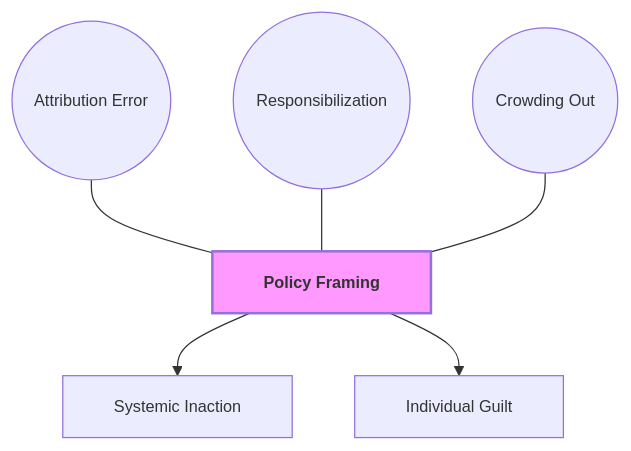
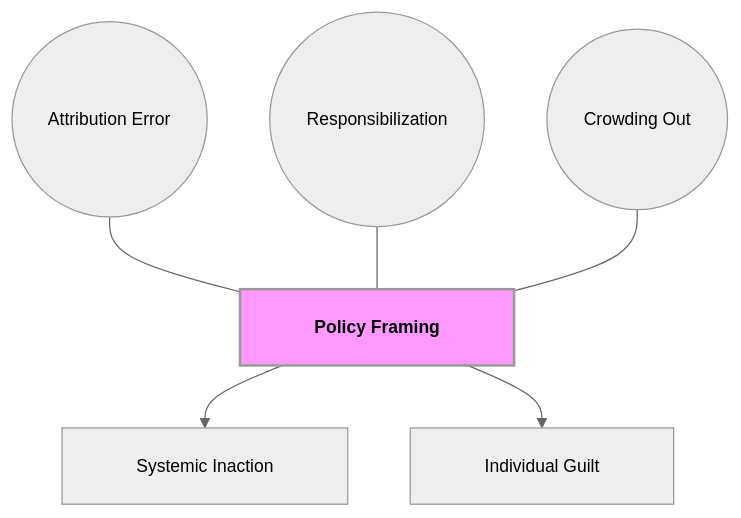
The fifth of 7 diagrams in Communication_Influence/Mastery_Guide_SOW_BS033.md (GM024/CourseSummaries), drawn with Mermaid before and after one commit. The commit also changed other lines of this file, not shown here.

Commit message:
Final GitHub-Bulletproof Encyclopedia: Fixed alignment, 14px native font, and 150w+ APA Figure descriptions

````diff
--- a/Communication_Influence/Mastery_Guide_SOW_BS033.md
+++ b/Communication_Influence/Mastery_Guide_SOW_BS033.md
@@ -239,14 +197,14 @@
 ```mermaid
-%%{init: { 'flowchart': { 'padding': 15, 'nodeSpacing': 50, 'rankSpacing': 50, 'curve': 'basis' }, 'themeVariables': { 'fontSize': '13px' }}}%%
+%%{init: { 'flowchart': { 'padding': 20, 'nodeSpacing': 50, 'rankSpacing': 50, 'useMaxWidth': false }, 'theme': 'neutral', 'themeVariables': { 'fontSize': '14px' }}}%%
 graph TD
-    Hub["&nbsp;&nbsp; Policy Framing &nbsp;&nbsp;"]:::hubNode
+    Hub["&nbsp;&nbsp;&nbsp;&nbsp; Policy Framing &nbsp;&nbsp;&nbsp;&nbsp;"]:::hubNode
     
-    S1(("&nbsp;&nbsp; Attribution Error &nbsp;&nbsp;")) --- Hub
-    S2(("&nbsp;&nbsp; Responsibilization &nbsp;&nbsp;")) --- Hub
-    S3(("&nbsp;&nbsp; Crowding Out &nbsp;&nbsp;")) --- Hub
+    S1(("&nbsp;&nbsp;&nbsp;&nbsp; Attribution Error &nbsp;&nbsp;&nbsp;&nbsp;")) --- Hub
+    S2(("&nbsp;&nbsp;&nbsp;&nbsp; Responsibilization &nbsp;&nbsp;&nbsp;&nbsp;")) --- Hub
+    S3(("&nbsp;&nbsp;&nbsp;&nbsp; Crowding Out &nbsp;&nbsp;&nbsp;&nbsp;")) --- Hub
     
-    Hub --> B1["&nbsp;&nbsp; Systemic Inaction &nbsp;&nbsp;"]
-    Hub --> B2["&nbsp;&nbsp; Individual Guilt &nbsp;&nbsp;"]
+    Hub --> B1["&nbsp;&nbsp;&nbsp;&nbsp; Systemic Inaction &nbsp;&nbsp;&nbsp;&nbsp;"]
+    Hub --> B2["&nbsp;&nbsp;&nbsp;&nbsp; Individual Guilt &nbsp;&nbsp;&nbsp;&nbsp;"]
     
     classDef hubNode font-weight:bold,stroke-width:2px,fill:#f9f;
 ```
````
